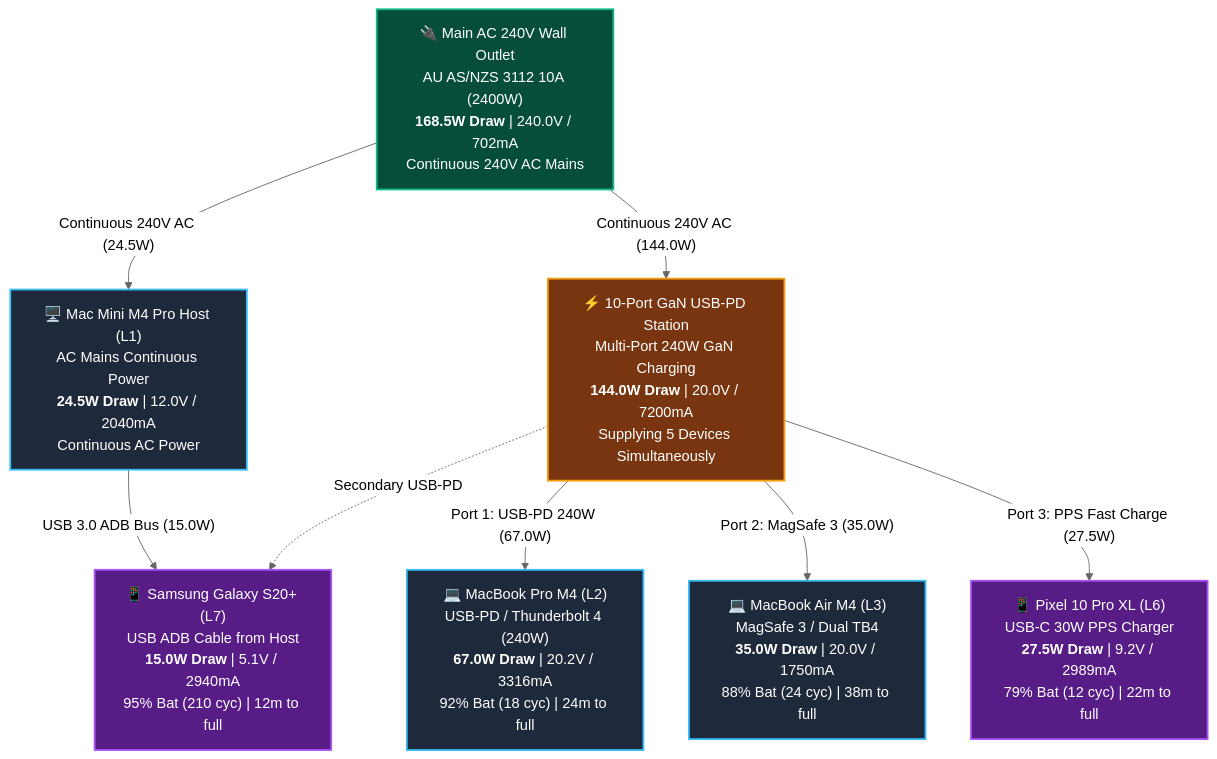
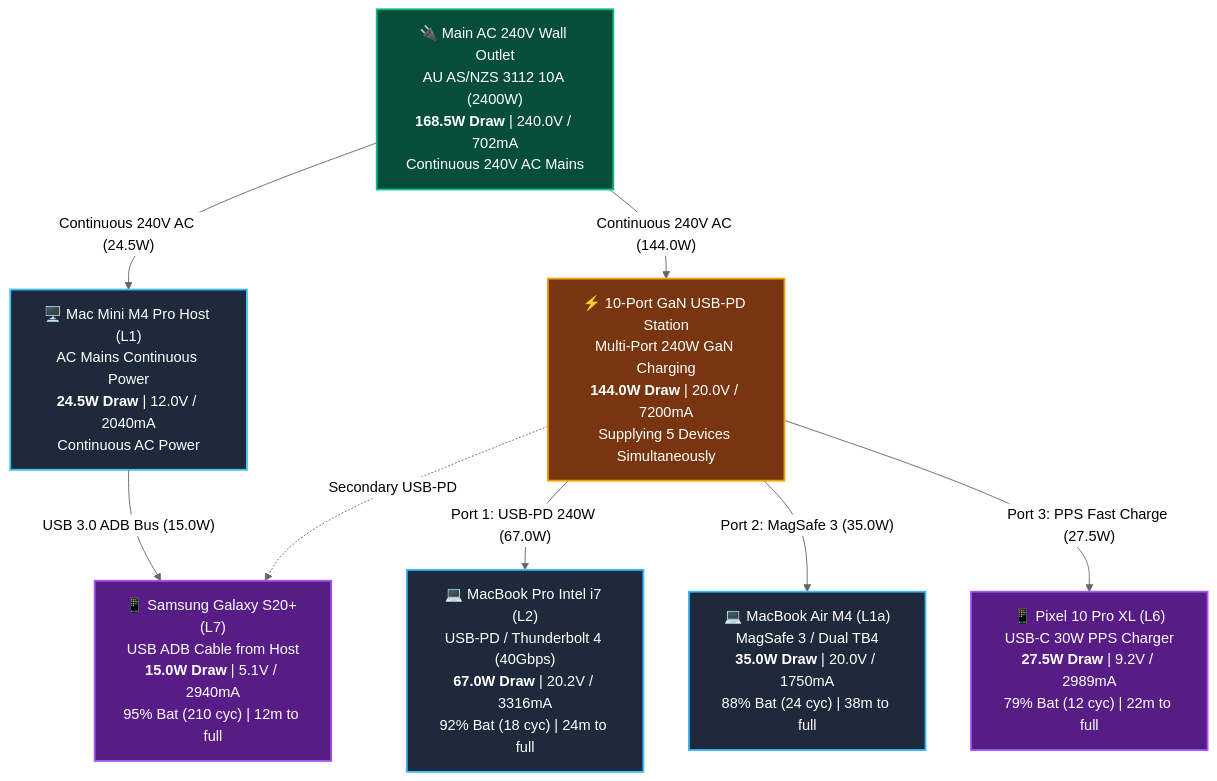
One commit to aarontmaher/Lauburu-Monorepo changed the first of 2 diagrams in obsidian_vault/NETWORK_CONNECTIVITY_GRAPH.md. Above: the diagram before and after it, drawn with Mermaid (neutral theme). The commit also changed other lines of this file and 7991 other files, not shown here.

````diff
--- a/obsidian_vault/NETWORK_CONNECTIVITY_GRAPH.md
+++ b/obsidian_vault/NETWORK_CONNECTIVITY_GRAPH.md
@@ -21,31 +21,31 @@
 ```mermaid
 graph TD
     classDef mains fill:#064e3b,stroke:#10b981,stroke-width:2px,color:#fff;
     classDef gan fill:#78350f,stroke:#f59e0b,stroke-width:2px,color:#fff;
     classDef device fill:#1e293b,stroke:#38bdf8,stroke-width:2px,color:#fff;
     classDef phone fill:#581c87,stroke:#a855f7,stroke-width:2px,color:#fff;
 
     OUTLET["🔌 Main AC 240V Wall Outlet<br/>AU AS/NZS 3112 10A (2400W)<br/><b>168.5W Draw</b> | 240.0V / 702mA<br/>Continuous 240V AC Mains"]:::mains
 
     GAN["⚡ 10-Port GaN USB-PD Station<br/>Multi-Port 240W GaN Charging<br/><b>144.0W Draw</b> | 20.0V / 7200mA<br/>Supplying 5 Devices Simultaneously"]:::gan
 
     L1["🖥️ Mac Mini M4 Pro Host (L1)<br/>AC Mains Continuous Power<br/><b>24.5W Draw</b> | 12.0V / 2040mA<br/>Continuous AC Power"]:::device
 
-    L2["💻 MacBook Pro M4 (L2)<br/>USB-PD / Thunderbolt 4 (240W)<br/><b>67.0W Draw</b> | 20.2V / 3316mA<br/>92% Bat (18 cyc) | 24m to full"]:::device
+    L2["💻 MacBook Pro Intel i7 (L2)<br/>USB-PD / Thunderbolt 4 (40Gbps)<br/><b>67.0W Draw</b> | 20.2V / 3316mA<br/>92% Bat (18 cyc) | 24m to full"]:::device
 
-    L3["💻 MacBook Air M4 (L3)<br/>MagSafe 3 / Dual TB4<br/><b>35.0W Draw</b> | 20.0V / 1750mA<br/>88% Bat (24 cyc) | 38m to full"]:::device
+    L1a["💻 MacBook Air M4 (L1a)<br/>MagSafe 3 / Dual TB4<br/><b>35.0W Draw</b> | 20.0V / 1750mA<br/>88% Bat (24 cyc) | 38m to full"]:::device
 
     L6["📱 Pixel 10 Pro XL (L6)<br/>USB-C 30W PPS Charger<br/><b>27.5W Draw</b> | 9.2V / 2989mA<br/>79% Bat (12 cyc) | 22m to full"]:::phone
 
     L7["📱 Samsung Galaxy S20+ (L7)<br/>USB ADB Cable from Host<br/><b>15.0W Draw</b> | 5.1V / 2940mA<br/>95% Bat (210 cyc) | 12m to full"]:::phone
 
     OUTLET -->|"Continuous 240V AC (24.5W)"| L1
     OUTLET -->|"Continuous 240V AC (144.0W)"| GAN
 
     L1 -->|"USB 3.0 ADB Bus (15.0W)"| L7
 
     GAN -->|"Port 1: USB-PD 240W (67.0W)"| L2
-    GAN -->|"Port 2: MagSafe 3 (35.0W)"| L3
+    GAN -->|"Port 2: MagSafe 3 (35.0W)"| L1a
     GAN -->|"Port 3: PPS Fast Charge (27.5W)"| L6
     GAN -.->|"Secondary USB-PD"| L7
 ```
````
